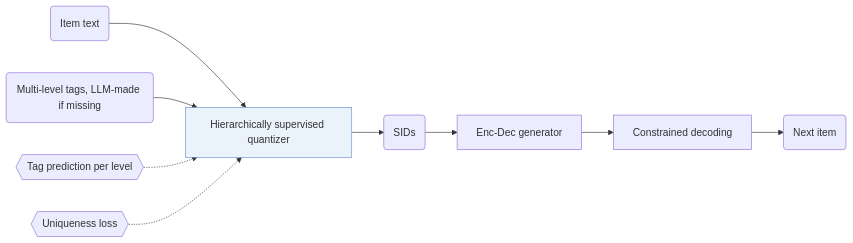
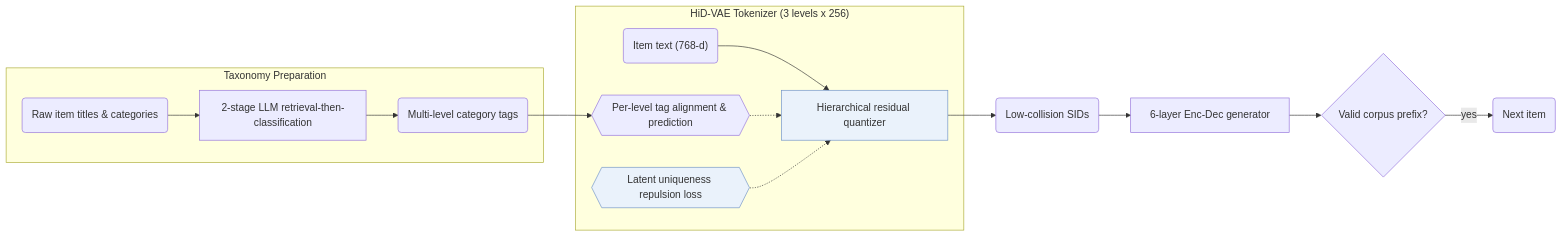
The diagram in notes/hid-vae.md (Galaxy-ghost/Awesome-SID-Generative-Rec), drawn with Mermaid before and after one commit. The commit also changed other lines of this file and 649 other files, not shown here.

Commit message:
writer-05: also tags and modality index (schema, check, build, visuals); summary field removed; calibration data for 12 papers

````diff
--- a/notes/hid-vae.md
+++ b/notes/hid-vae.md
@@ -13,12 +14,18 @@
 ```mermaid
 flowchart LR
-    A("Item text") --> C["Hierarchically supervised quantizer"]:::key
-    B("Multi-level tags, LLM-made if missing") --> C
-    L1{{"Tag prediction per level"}} -.-> C
-    L2{{"Uniqueness loss"}} -.-> C
-    C --> D("SIDs")
-    D --> E["Enc-Dec generator"]
-    E --> F["Constrained decoding"]
-    F --> G("Next item")
+    subgraph Tag["Taxonomy Preparation"]
+        T0("Raw item titles & categories") --> LLM["2-stage LLM retrieval-then-classification"]
+        LLM --> Tags("Multi-level category tags")
+    end
+    subgraph Quant["HiD-VAE Tokenizer (3 levels x 256)"]
+        X("Item text (768-d)") --> Q["Hierarchical residual quantizer"]:::key
+        Tags --> L1{{"Per-level tag alignment & prediction"}}
+        L1 -.-> Q
+        L2{{"Latent uniqueness repulsion loss"}}:::key -.-> Q
+    end
+    Q --> SID("Low-collision SIDs")
+    SID --> Gen["6-layer Enc-Dec generator"]
+    Gen --> CD{"Valid corpus prefix?"}
+    CD -->|yes| Out("Next item")
     classDef key fill:#eaf2fb,stroke:#6b8fc7
 ```
````
